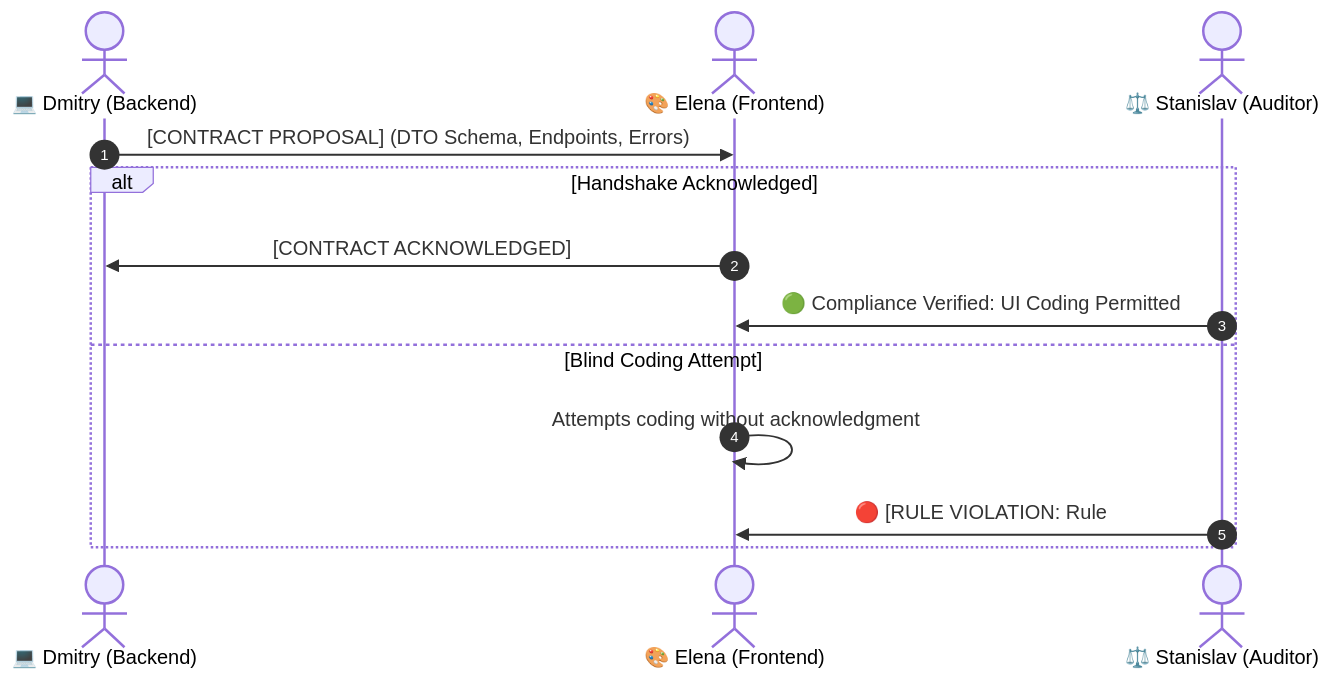
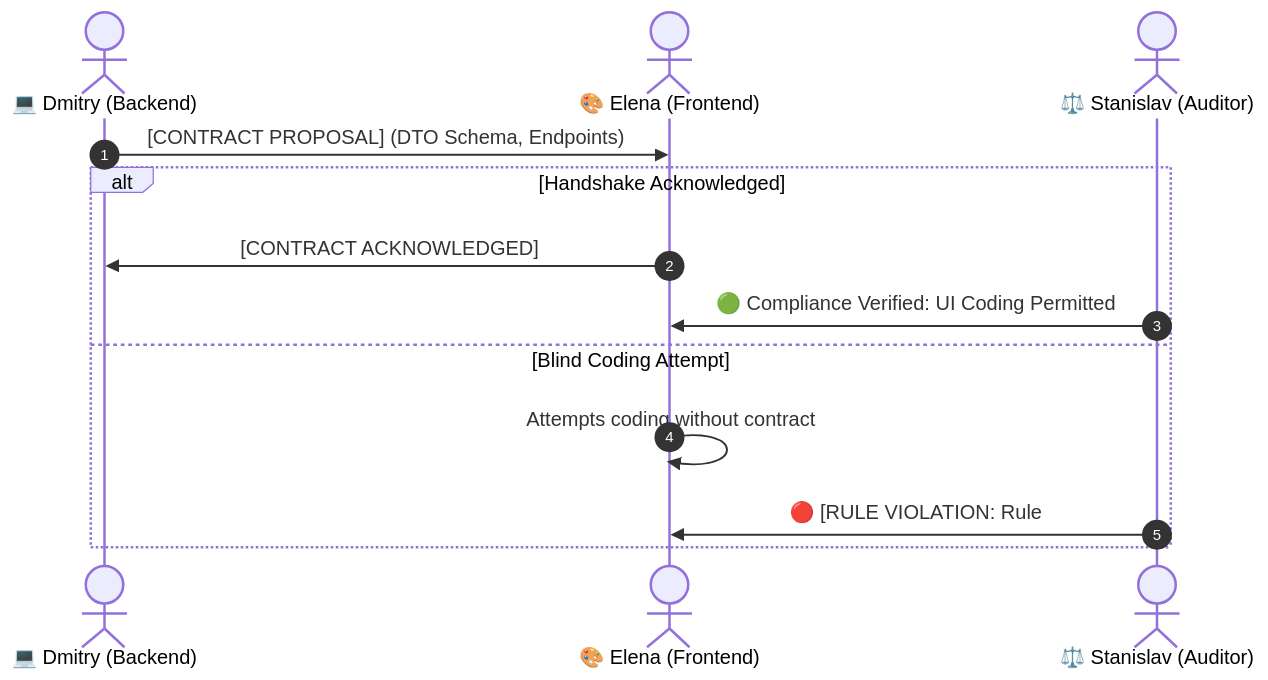
The second of 2 diagrams in skills/compliance-policy-as-code/SKILL.md (neon1301/hermes-mode-antigravity), drawn with Mermaid before and after one commit. The commit also changed other lines of this file and 22 other files, not shown here.

````diff
--- a/skills/compliance-policy-as-code/SKILL.md
+++ b/skills/compliance-policy-as-code/SKILL.md
@@ -78,16 +70,16 @@
 ```mermaid
 sequenceDiagram
     autonumber
     actor Dmitry as 💻 Dmitry (Backend)
     actor Elena as 🎨 Elena (Frontend)
     actor Stanislav as ⚖️ Stanislav (Auditor)
 
-    Dmitry->>Elena: [CONTRACT PROPOSAL] (DTO Schema, Endpoints, Errors)
+    Dmitry->>Elena: [CONTRACT PROPOSAL] (DTO Schema, Endpoints)
     alt Handshake Acknowledged
         Elena->>Dmitry: [CONTRACT ACKNOWLEDGED]
         Stanislav->>Elena: 🟢 Compliance Verified: UI Coding Permitted
     else Blind Coding Attempt
-        Elena->>Elena: Attempts coding without acknowledgment
+        Elena->>Elena: Attempts coding without contract
         Stanislav->>Elena: 🔴 [RULE VIOLATION: Rule #1] Unconfirmed Contract! Work Frozen.
     end
 ```
````
